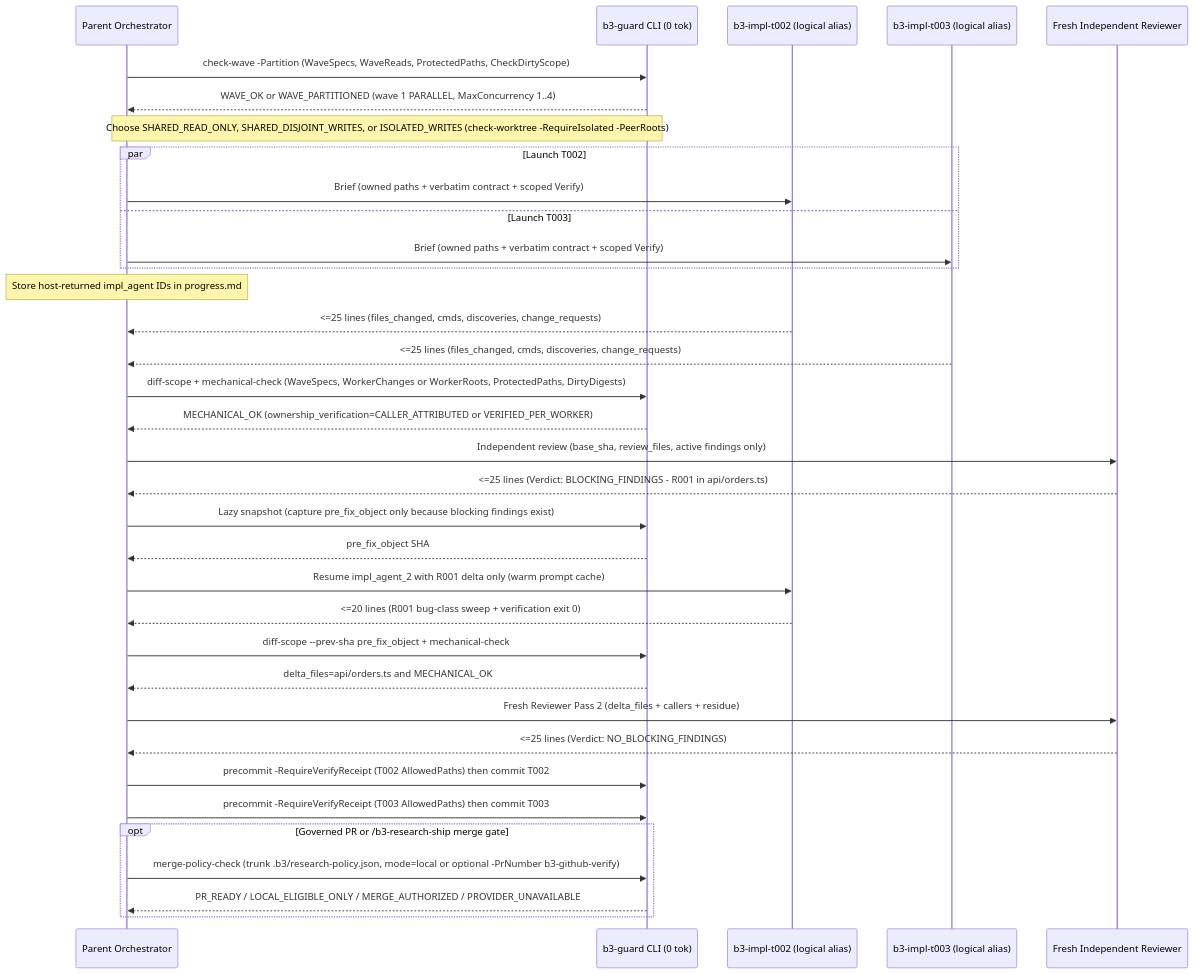
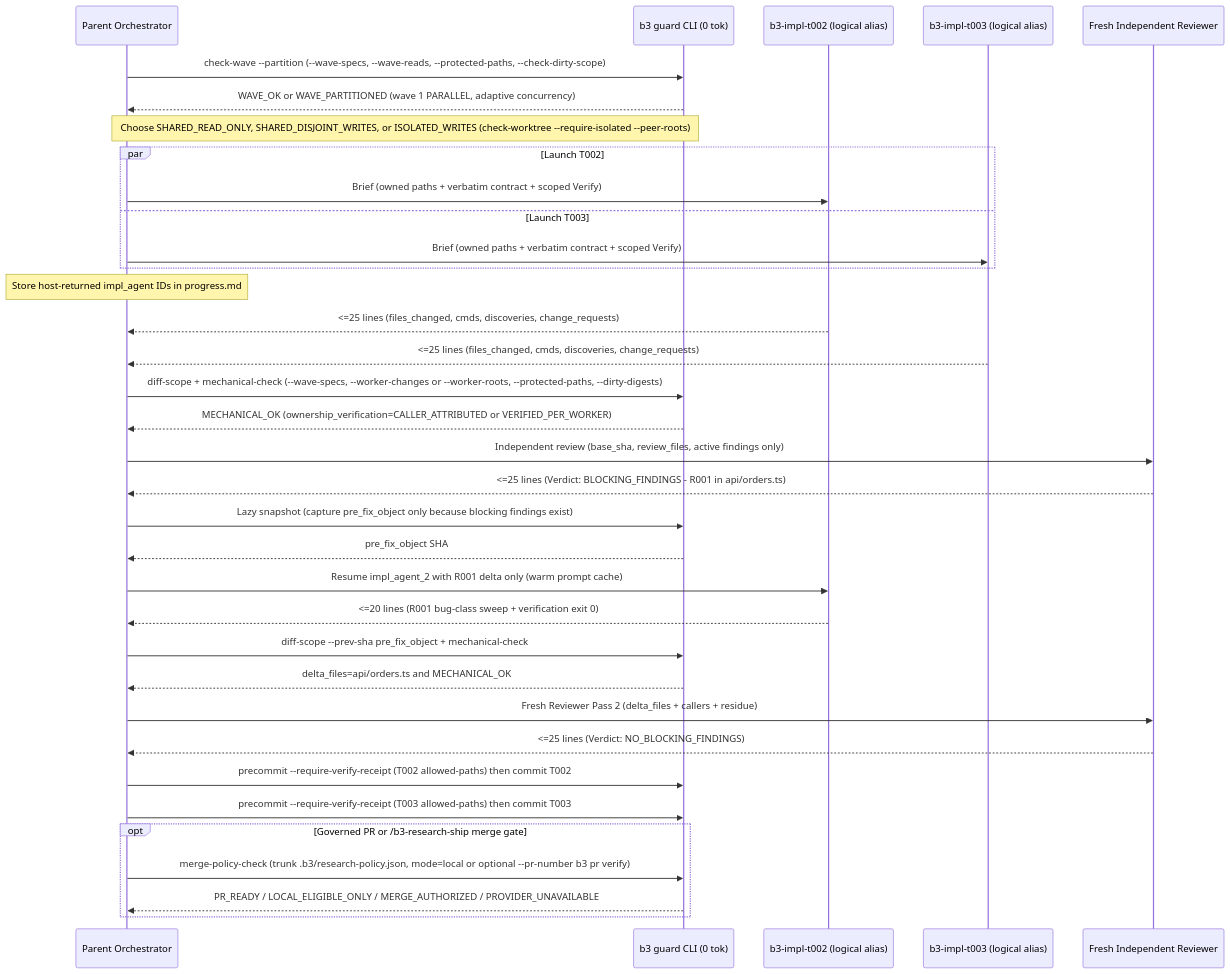
One commit to hptbee/b3_ai-engineering changed the second of 5 diagrams in docs/ship-and-review-guide.md. Above: the diagram before and after it, drawn with Mermaid. The commit also changed other lines of this file and 86 other files, not shown here.

Commit message:
feat(core,orchestration): wave 1 native-first runtime optimizations and global max-safe-parallelism

````diff
--- a/docs/ship-and-review-guide.md
+++ b/docs/ship-and-review-guide.md
@@ -76,48 +76,48 @@
 ```mermaid
 sequenceDiagram
     participant P as Parent Orchestrator
-    participant G as b3-guard CLI (0 tok)
+    participant G as b3 guard CLI (0 tok)
     participant W2 as b3-impl-t002 (logical alias)
     participant W3 as b3-impl-t003 (logical alias)
     participant R as Fresh Independent Reviewer
 
-    P->>G: check-wave -Partition (WaveSpecs, WaveReads, ProtectedPaths, CheckDirtyScope)
-    G-->>P: WAVE_OK or WAVE_PARTITIONED (wave 1 PARALLEL, MaxConcurrency 1..4)
-    Note over P,G: Choose SHARED_READ_ONLY, SHARED_DISJOINT_WRITES, or ISOLATED_WRITES (check-worktree -RequireIsolated -PeerRoots)
+    P->>G: check-wave --partition (--wave-specs, --wave-reads, --protected-paths, --check-dirty-scope)
+    G-->>P: WAVE_OK or WAVE_PARTITIONED (wave 1 PARALLEL, adaptive concurrency)
+    Note over P,G: Choose SHARED_READ_ONLY, SHARED_DISJOINT_WRITES, or ISOLATED_WRITES (check-worktree --require-isolated --peer-roots)
 
     par Launch T002
         P->>W2: Brief (owned paths + verbatim contract + scoped Verify)
     and Launch T003
         P->>W3: Brief (owned paths + verbatim contract + scoped Verify)
     end
     Note over P: Store host-returned impl_agent IDs in progress.md
 
     W2-->>P: <=25 lines (files_changed, cmds, discoveries, change_requests)
     W3-->>P: <=25 lines (files_changed, cmds, discoveries, change_requests)
 
-    P->>G: diff-scope + mechanical-check (WaveSpecs, WorkerChanges or WorkerRoots, ProtectedPaths, DirtyDigests)
+    P->>G: diff-scope + mechanical-check (--wave-specs, --worker-changes or --worker-roots, --protected-paths, --dirty-digests)
     G-->>P: MECHANICAL_OK (ownership_verification=CALLER_ATTRIBUTED or VERIFIED_PER_WORKER)
 
     P->>R: Independent review (base_sha, review_files, active findings only)
     R-->>P: <=25 lines (Verdict: BLOCKING_FINDINGS - R001 in api/orders.ts)
 
     P->>G: Lazy snapshot (capture pre_fix_object only because blocking findings exist)
     G-->>P: pre_fix_object SHA
 
     P->>W2: Resume impl_agent_2 with R001 delta only (warm prompt cache)
     W2-->>P: <=20 lines (R001 bug-class sweep + verification exit 0)
 
     P->>G: diff-scope --prev-sha pre_fix_object + mechanical-check
     G-->>P: delta_files=api/orders.ts and MECHANICAL_OK
 
     P->>R: Fresh Reviewer Pass 2 (delta_files + callers + residue)
     R-->>P: <=25 lines (Verdict: NO_BLOCKING_FINDINGS)
 
-    P->>G: precommit -RequireVerifyReceipt (T002 AllowedPaths) then commit T002
-    P->>G: precommit -RequireVerifyReceipt (T003 AllowedPaths) then commit T003
+    P->>G: precommit --require-verify-receipt (T002 allowed-paths) then commit T002
+    P->>G: precommit --require-verify-receipt (T003 allowed-paths) then commit T003
 
     opt Governed PR or /b3-research-ship merge gate
-        P->>G: merge-policy-check (trunk .b3/research-policy.json, mode=local or optional -PrNumber b3-github-verify)
+        P->>G: merge-policy-check (trunk .b3/research-policy.json, mode=local or optional --pr-number b3 pr verify)
         G-->>P: PR_READY / LOCAL_ELIGIBLE_ONLY / MERGE_AUTHORIZED / PROVIDER_UNAVAILABLE
     end
 ```
````
